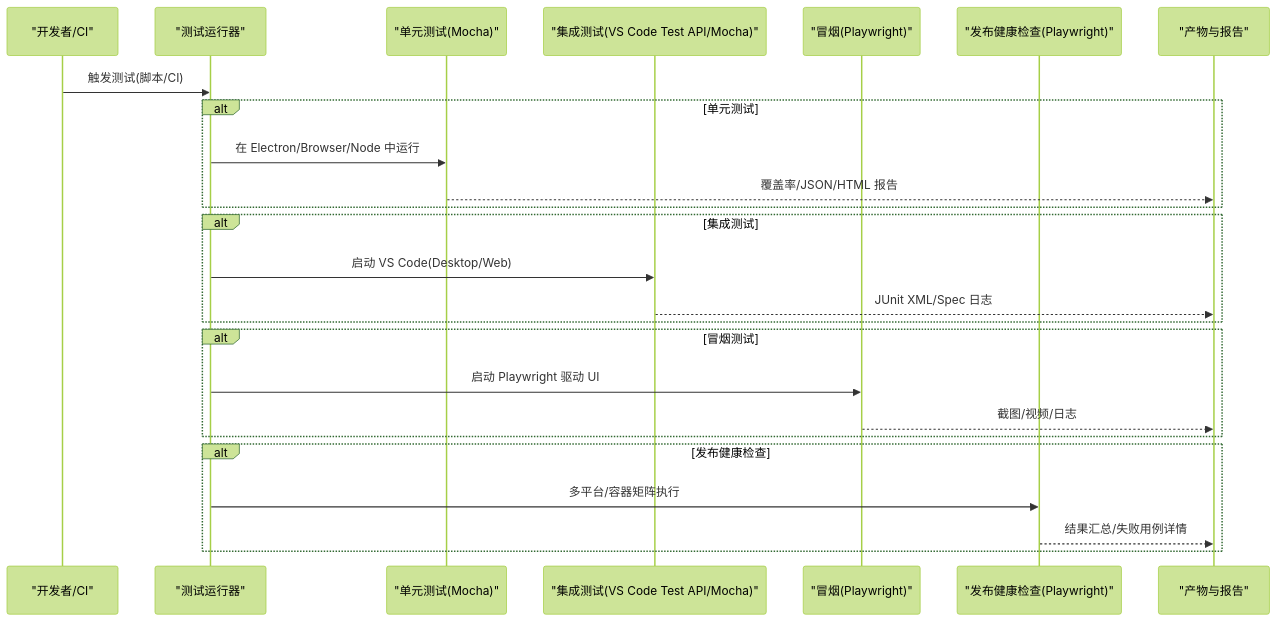
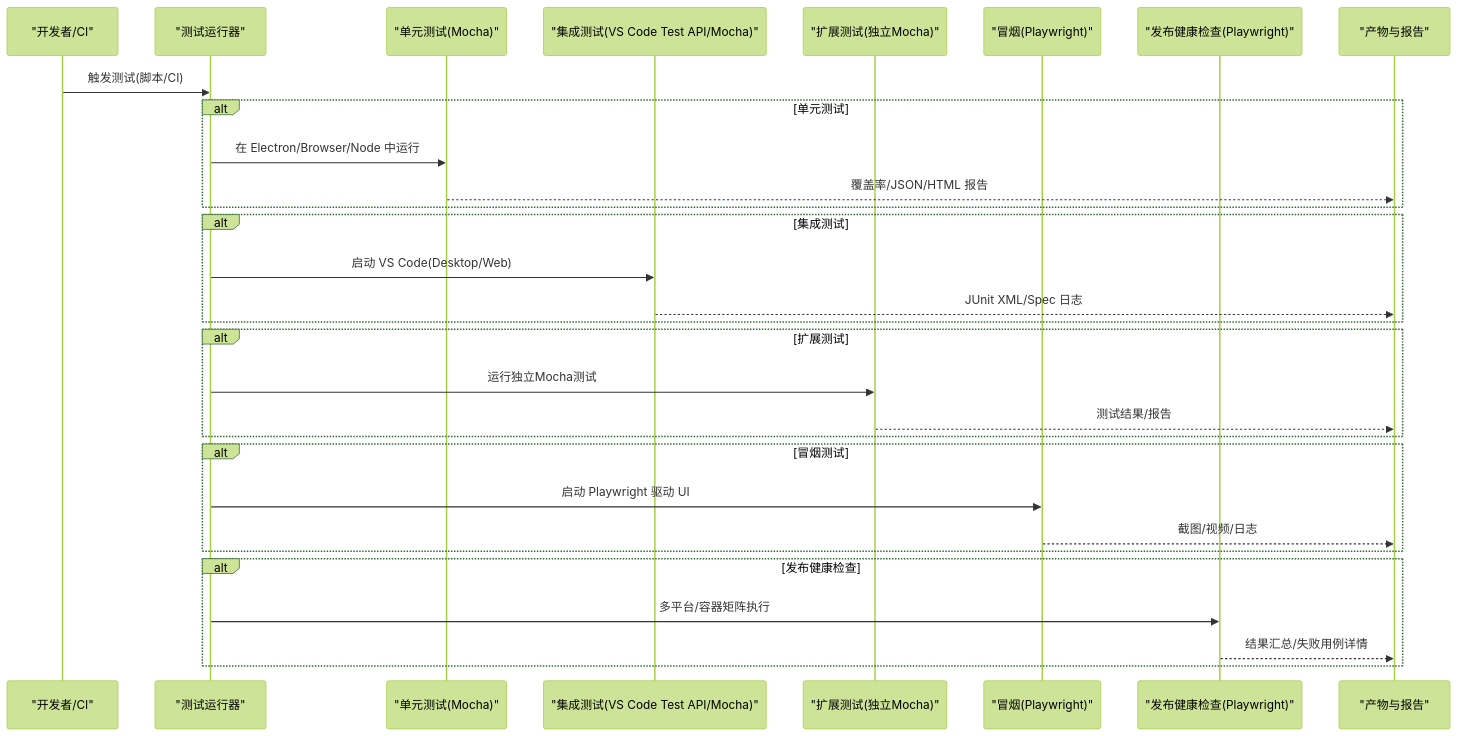
Before and after one commit to sofate798/KodrixCode: the second of 9 diagrams in .qoder/repowiki/zh/content/测试策略/测试策略.md, drawn with Mermaid (forest theme). The commit also changed other lines of this file and 84 other files, not shown here.

````diff
--- a/.qoder/repowiki/zh/content/测试策略/测试策略.md
+++ b/.qoder/repowiki/zh/content/测试策略/测试策略.md
@@ -95,27 +116,32 @@
 ```mermaid
 sequenceDiagram
 participant Dev as "开发者/CI"
 participant Runner as "测试运行器"
 participant Unit as "单元测试(Mocha)"
 participant Integ as "集成测试(VS Code Test API/Mocha)"
+participant ExtTest as "扩展测试(独立Mocha)"
 participant Smoke as "冒烟(Playwright)"
 participant Sanity as "发布健康检查(Playwright)"
 participant Artifacts as "产物与报告"
 Dev->>Runner : 触发测试(脚本/CI)
 alt 单元测试
 Runner->>Unit : 在 Electron/Browser/Node 中运行
 Unit-->>Artifacts : 覆盖率/JSON/HTML 报告
 end
 alt 集成测试
 Runner->>Integ : 启动 VS Code(Desktop/Web)
 Integ-->>Artifacts : JUnit XML/Spec 日志
 end
+alt 扩展测试
+Runner->>ExtTest : 运行独立Mocha测试
+ExtTest-->>Artifacts : 测试结果/报告
+end
 alt 冒烟测试
 Runner->>Smoke : 启动 Playwright 驱动 UI
 Smoke-->>Artifacts : 截图/视频/日志
 end
 alt 发布健康检查
 Runner->>Sanity : 多平台/容器矩阵执行
 Sanity-->>Artifacts : 结果汇总/失败用例详情
 end
 ```
````
